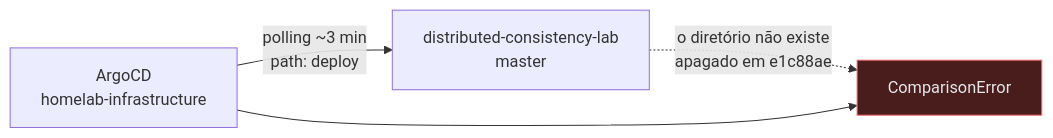
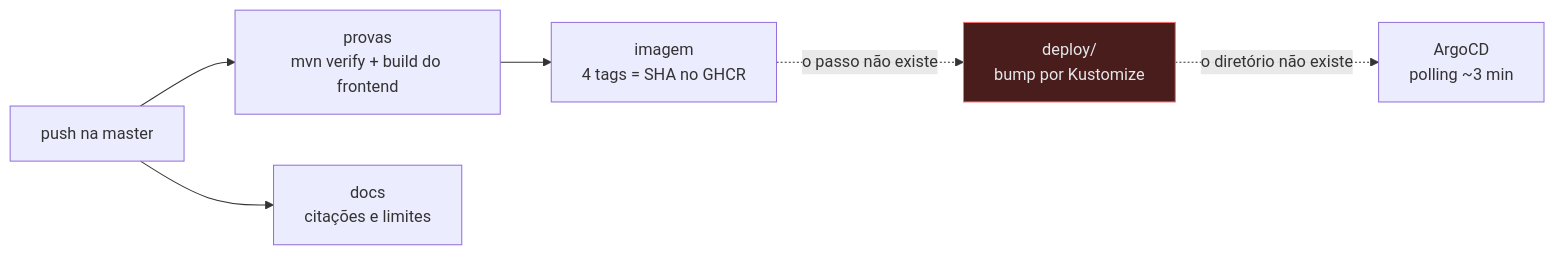
The third of 3 diagrams in docs/architecture/integrations.md (da0hn/distributed-systems-experiment-lab), drawn with Mermaid before and after one commit. The commit also changed other lines of this file and 58 other files, not shown here.

````diff
--- a/docs/architecture/integrations.md
+++ b/docs/architecture/integrations.md
@@ -43,7 +199,14 @@
 ```mermaid
 flowchart LR
-    ARGO["ArgoCD<br/>homelab-infrastructure"] -->|" polling ~3 min<br/>path: deploy "| REPO["distributed-consistency-lab<br/>master"]
-    REPO -.->|" o diretório não existe<br/>apagado em e1c88ae "| X["ComparisonError"]
-    ARGO --> X
-    style X fill: #4a1d1d, stroke: #f87171, color: #e5e7eb
+    P["push na master"]
+    PR["provas<br/>mvn verify + build do frontend"]
+    IM["imagem<br/>4 tags = SHA no GHCR"]
+    DP["deploy/<br/>bump por Kustomize"]
+    AR["ArgoCD<br/>polling ~3 min"]
+    DC["docs<br/>citações e limites"]
+    P --> PR --> IM
+    P --> DC
+    IM -.->|" o passo não existe "| DP
+    DP -.->|" o diretório não existe "| AR
+    style DP fill: #4a1d1d, stroke: #f87171, color: #e5e7eb
 ```
````
